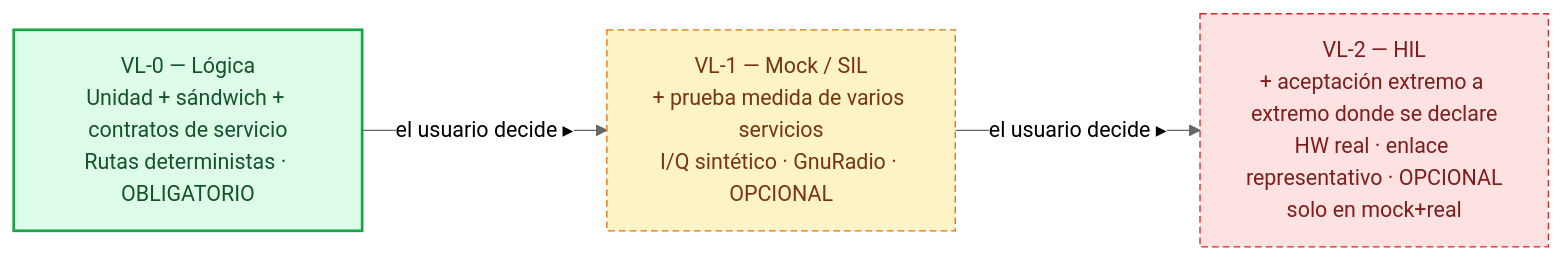
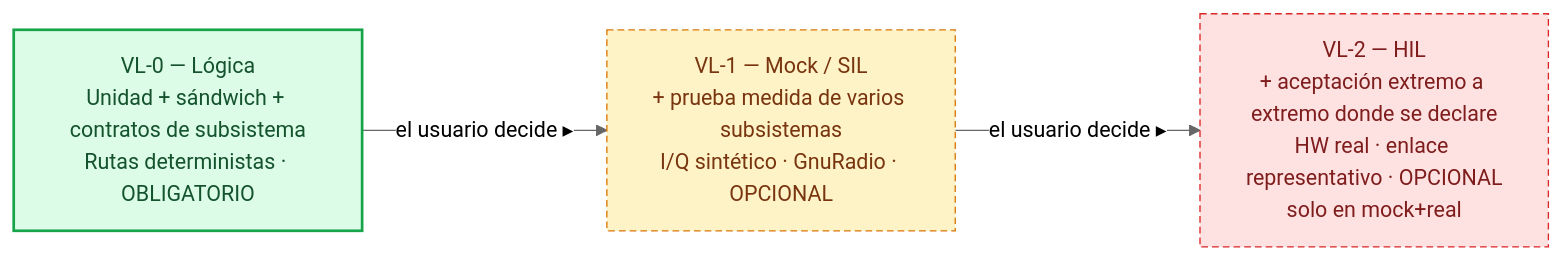
One commit to dramirezbe/codeanvil-gcpds changed the ninth of 11 diagrams in methodology/V-SIL-v3/V-SIL_v3-spa.md. Above: the diagram before and after it, drawn with Mermaid (neutral theme). The commit also changed other lines of this file and 30 other files, not shown here.

````diff
--- a/methodology/V-SIL-v3/V-SIL_v3-spa.md
+++ b/methodology/V-SIL-v3/V-SIL_v3-spa.md
@@ -364,12 +364,12 @@
 ```mermaid
 flowchart LR
     classDef mandatory fill:#dcfce7,stroke:#16a34a,color:#14532d,stroke-width:2px
     classDef optional fill:#fef3c7,stroke:#d97706,color:#78350f,stroke-dasharray:5 3
     classDef hil fill:#fee2e2,stroke:#dc2626,color:#7f1d1d,stroke-dasharray:5 3
 
-    VL0["VL-0 — Lógica<br/>Unidad + sándwich + contratos de servicio<br/>Rutas deterministas · OBLIGATORIO"]:::mandatory
-    VL1["VL-1 — Mock / SIL<br/>+ prueba medida de varios servicios<br/>I/Q sintético · GnuRadio · OPCIONAL"]:::optional
+    VL0["VL-0 — Lógica<br/>Unidad + sándwich + contratos de subsistema<br/>Rutas deterministas · OBLIGATORIO"]:::mandatory
+    VL1["VL-1 — Mock / SIL<br/>+ prueba medida de varios subsistemas<br/>I/Q sintético · GnuRadio · OPCIONAL"]:::optional
     VL2["VL-2 — HIL<br/>+ aceptación extremo a extremo donde se declare<br/>HW real · enlace representativo · OPCIONAL<br/>solo en mock+real"]:::hil
 
     VL0 -->|"el usuario decide ▸"| VL1 -->|"el usuario decide ▸"| VL2
 ```
````
